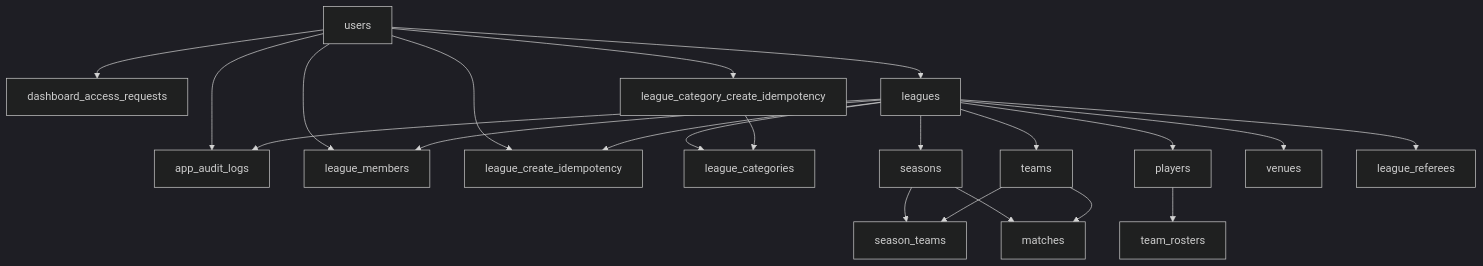
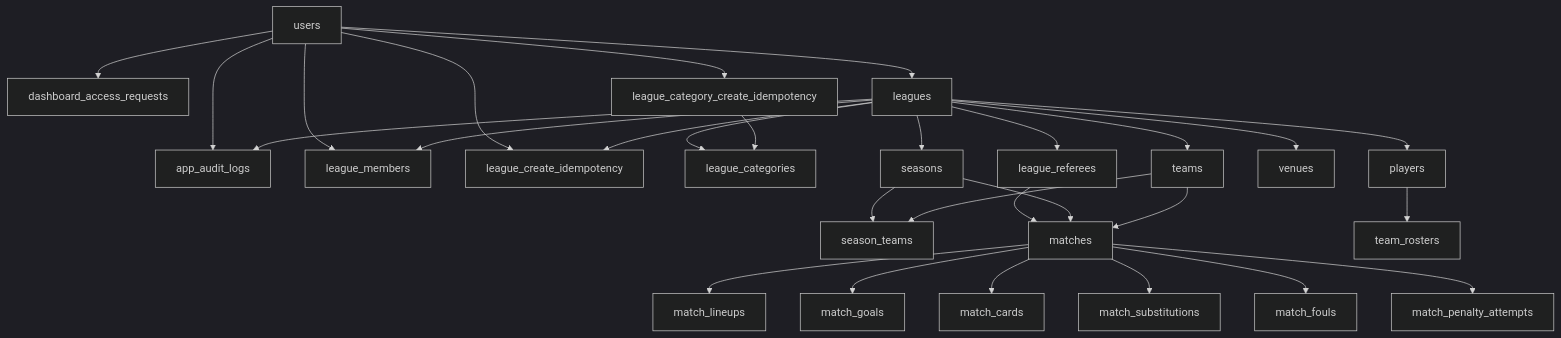
Before and after one commit to coderTtxi12/tornea: the diagram in docs/DATABASE.md, drawn with Mermaid (dark theme). The commit also changed other lines of this file and 21 other files, not shown here.

````diff
--- a/docs/DATABASE.md
+++ b/docs/DATABASE.md
@@ -18,40 +28,53 @@
 ```mermaid
 flowchart TB
   users[users]
   dashboard_access_requests[dashboard_access_requests]
   app_audit_logs[app_audit_logs]
   leagues[leagues]
   league_members[league_members]
   league_create_idempotency[league_create_idempotency]
   league_categories[league_categories]
   league_category_create_idempotency[league_category_create_idempotency]
   seasons[seasons]
   teams[teams]
   season_teams[season_teams]
   players[players]
   venues[venues]
   league_referees[league_referees]
   matches[matches]
+  match_lineups[match_lineups]
+  match_goals[match_goals]
+  match_cards[match_cards]
+  match_substitutions[match_substitutions]
+  match_fouls[match_fouls]
+  match_penalty_attempts[match_penalty_attempts]
 
   users --> dashboard_access_requests
   users --> app_audit_logs
   leagues --> app_audit_logs
   users --> leagues
   users --> league_members
   users --> league_create_idempotency
   users --> league_category_create_idempotency
   leagues --> league_members
   leagues --> league_create_idempotency
   leagues --> league_categories
   league_category_create_idempotency --> league_categories
   leagues --> seasons
   leagues --> teams
   leagues --> venues
   leagues --> league_referees
+  league_referees --> matches
   leagues --> players
   seasons --> season_teams
   teams --> season_teams
   seasons --> matches
   teams --> matches
   players --> team_rosters
+  matches --> match_lineups
+  matches --> match_goals
+  matches --> match_cards
+  matches --> match_substitutions
+  matches --> match_fouls
+  matches --> match_penalty_attempts
 ```
````
